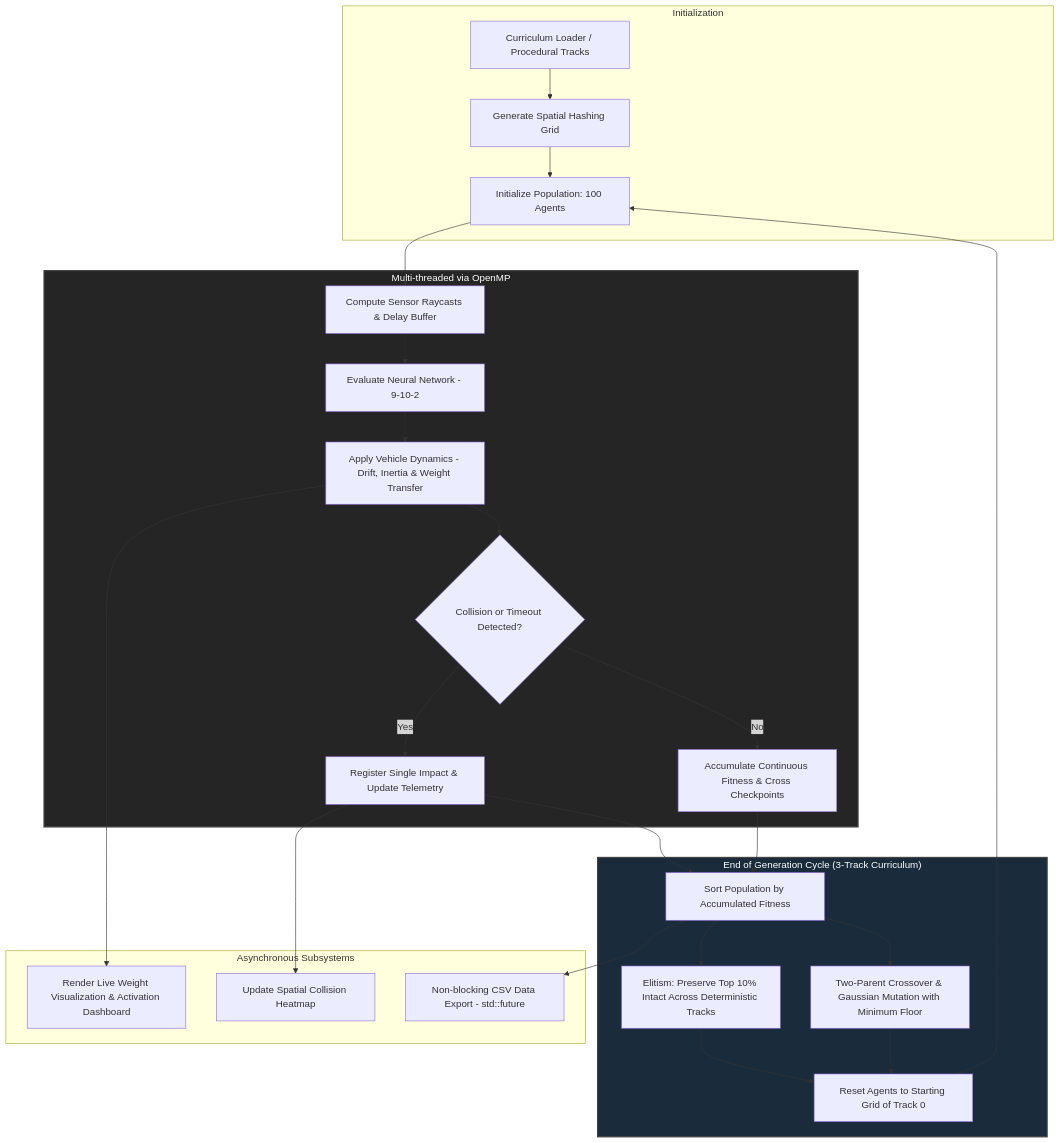
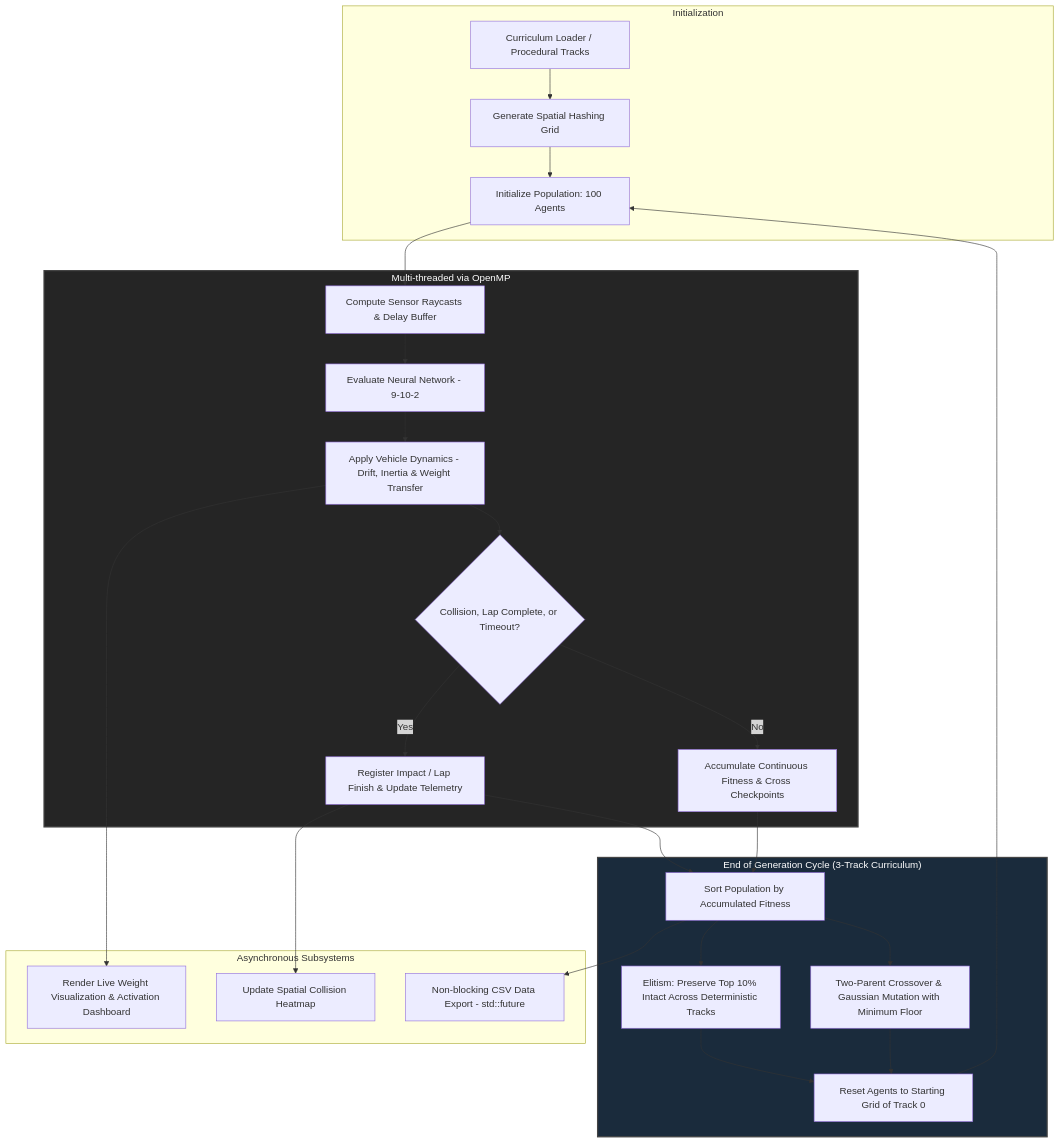
The diagram in README.md (jorgebd21/NeuralRacer-CPP), drawn with Mermaid before and after one commit. The commit also changed other lines of this file, not shown here.

Commit message:
docs: document directional checkpoint validation, sector timeouts, and lap termination

````diff
--- a/README.md
+++ b/README.md
@@ -49,33 +49,33 @@
 ```mermaid
 flowchart TD
     subgraph Initialization
         A[Curriculum Loader / Procedural Tracks] --> B[Generate Spatial Hashing Grid]
         B --> C[Initialize Population: 100 Agents]
     end
 
     subgraph ParallelLoop ["Multi-threaded via OpenMP"]
         C --> D[Compute Sensor Raycasts & Delay Buffer]
         D --> E[Evaluate Neural Network - 9-10-2]
         E --> F[Apply Vehicle Dynamics - Drift, Inertia & Weight Transfer]
-        F --> G{Collision or Timeout Detected?}
-        G -- Yes --> H[Register Single Impact & Update Telemetry]
+        F --> G{Collision, Lap Complete, or Timeout?}
+        G -- Yes --> H[Register Impact / Lap Finish & Update Telemetry]
         G -- No --> I[Accumulate Continuous Fitness & Cross Checkpoints]
     end
 
     subgraph EvolutionaryPipeline ["End of Generation Cycle (3-Track Curriculum)"]
         H & I --> J[Sort Population by Accumulated Fitness]
         J --> K[Elitism: Preserve Top 10% Intact Across Deterministic Tracks]
         J --> L[Two-Parent Crossover & Gaussian Mutation with Minimum Floor]
         K & L --> M[Reset Agents to Starting Grid of Track 0]
         M --> C
     end
 
     subgraph AsyncSubsystems ["Asynchronous Subsystems"]
         F --> N[Render Live Weight Visualization & Activation Dashboard]
         H --> O[Update Spatial Collision Heatmap]
         J --> P[Non-blocking CSV Data Export - std::future]
     end
 
     style ParallelLoop fill:#252525,stroke:#444,stroke-width:2px,color:#fff
     style EvolutionaryPipeline fill:#1a2b3c,stroke:#444,stroke-width:2px,color:#fff
 ```
````
